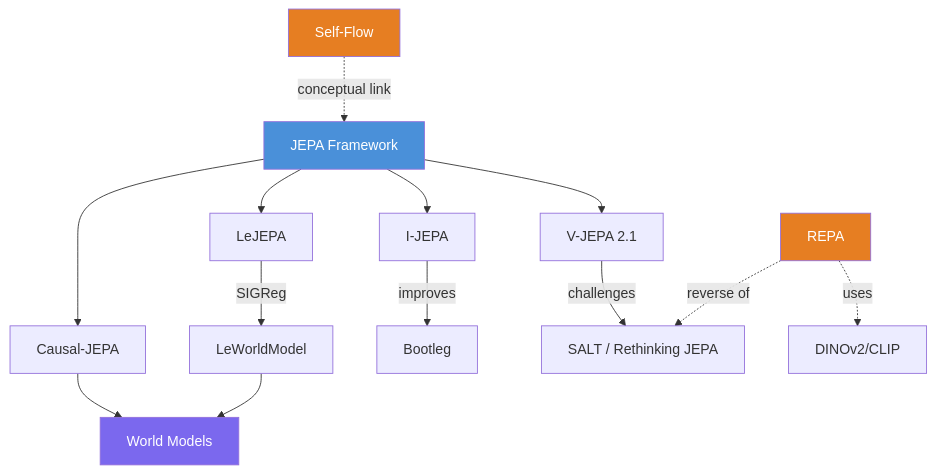
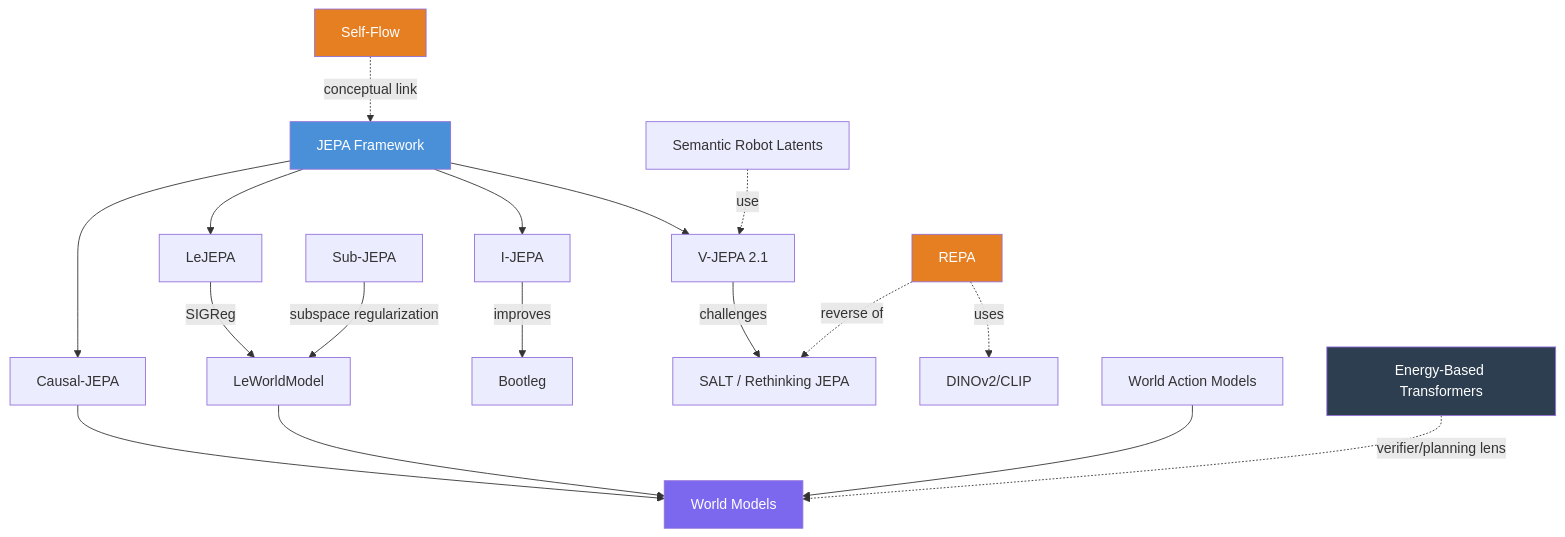
One commit to sumeirsoni/llm-wiki-research changed the diagram in wiki/overview.md. Above: the diagram before and after it, drawn with Mermaid. The commit also changed other lines of this file and 43 other files, not shown here.

````diff
--- a/wiki/overview.md
+++ b/wiki/overview.md
@@ -63,23 +94,28 @@
 ```mermaid
 graph TD
     JEPA[JEPA Framework] --> VJEPA[V-JEPA 2.1]
     JEPA --> IJEPA[I-JEPA]
     JEPA --> LeJEPA[LeJEPA]
     JEPA --> CJEPA[Causal-JEPA]
     
     LeJEPA -->|SIGReg| LeWM[LeWorldModel]
     IJEPA -->|improves| Bootleg[Bootleg]
     VJEPA -->|challenges| SALT[SALT / Rethinking JEPA]
     
     CJEPA --> WM[World Models]
     LeWM --> WM
     
     SelfFlow[Self-Flow] -.->|conceptual link| JEPA
     REPA[REPA] -.->|uses| DINOv2[DINOv2/CLIP]
     REPA -.->|reverse of| SALT
+    SubJEPA[Sub-JEPA] -->|subspace regularization| LeWM
+    SemLatents[Semantic Robot Latents] -.->|use| VJEPA
+    WAM[World Action Models] --> WM
+    EBT[Energy-Based Transformers] -.->|verifier/planning lens| WM
     
     style JEPA fill:#4a90d9,color:#fff
     style WM fill:#7b68ee,color:#fff
     style SelfFlow fill:#e67e22,color:#fff
     style REPA fill:#e67e22,color:#fff
+    style EBT fill:#2c3e50,color:#fff
 ```
````
